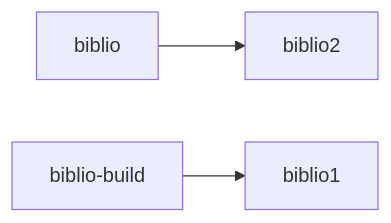
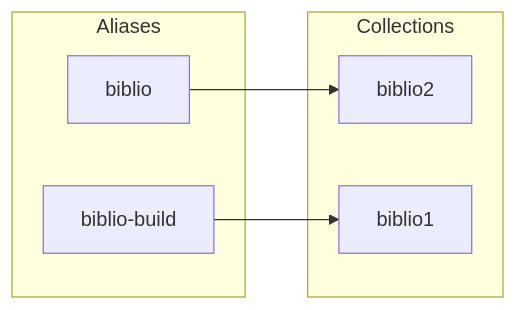
The second of 2 diagrams in docs/solr.md (MSU-Libraries/catalog), drawn with Mermaid before and after one commit. The commit also changed other lines of this file, not shown here.

Commit message:
PC-768 Another mermaid syntax fix

````diff
--- a/docs/solr.md
+++ b/docs/solr.md
@@ -17,5 +25,13 @@
 ``` mermaid
 graph LR
-    A[biblio] --> B[biblio2];
-    C[biblio-build] --> D[biblio1];
+    biblio --> biblio2;
+    biblio-build --> biblio1;
+    subgraph Aliases;
+    biblio;
+    biblio-build;
+    end;
+    subgraph Collections;
+    biblio1;
+    biblio2;
+    end;
 ```
````
